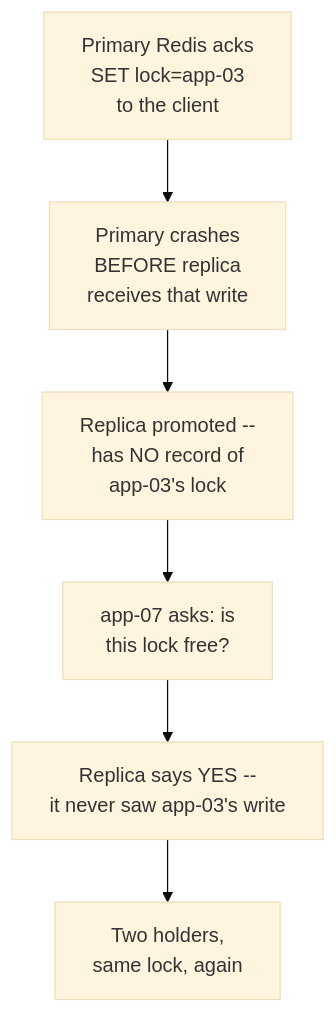
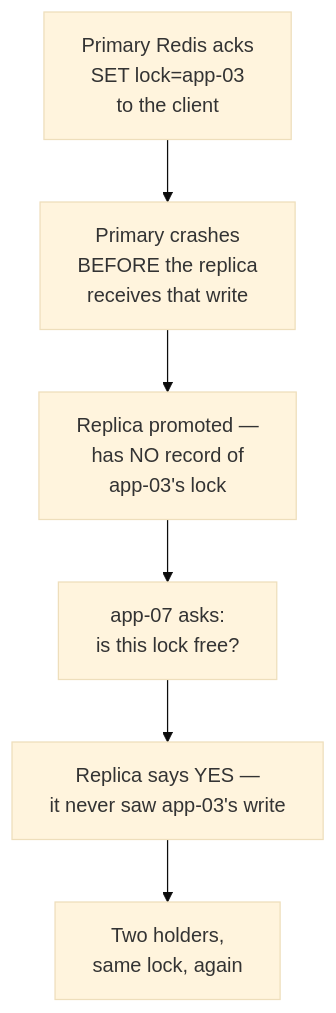
One commit to riyaz-pasha/Learnings changed the fifth of 10 diagrams in system-design/HLD/0-course/61-Design-a-Global-Distributed-Lock-Service-FAANG-Guide-story.md. Above: the diagram before and after it, drawn with Mermaid (base theme). The commit also changed other lines of this file and 1 other file, not shown here.

Commit message:
[REWRITE] Global Distributed Lock Service story guide: simplify prose, add structure, fix diagrams

````diff
--- a/system-design/HLD/0-course/61-Design-a-Global-Distributed-Lock-Service-FAANG-Guide-story.md
+++ b/system-design/HLD/0-course/61-Design-a-Global-Distributed-Lock-Service-FAANG-Guide-story.md
@@ -216,17 +337,8 @@
 ```mermaid
 flowchart TD
-    A["Primary Redis acks
-    SET lock=app-03
-    to the client"] --> B["Primary crashes
-    BEFORE replica
-    receives that write"]
-    B --> C["Replica promoted --
-    has NO record of
-    app-03's lock"]
-    C --> D["app-07 asks: is
-    this lock free?"]
-    D --> E["Replica says YES --
-    it never saw app-03's write"]
-    E --> F["Two holders,
-    same lock, again"]
+    A["Primary Redis acks<br/>SET lock=app-03<br/>to the client"] --> B["Primary crashes<br/>BEFORE the replica<br/>receives that write"]
+    B --> C["Replica promoted —<br/>has NO record of<br/>app-03's lock"]
+    C --> D["app-07 asks:<br/>is this lock free?"]
+    D --> E["Replica says YES —<br/>it never saw app-03's write"]
+    E --> F["Two holders,<br/>same lock, again"]
 ```
````
